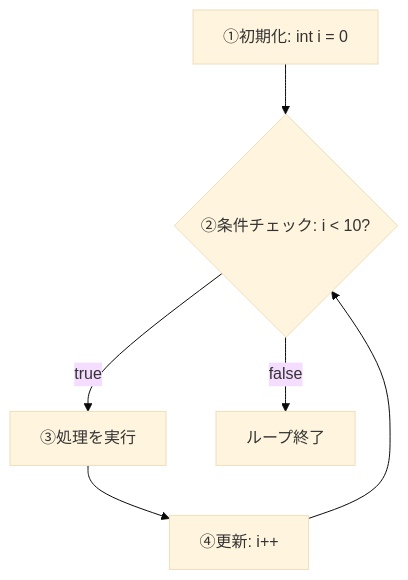
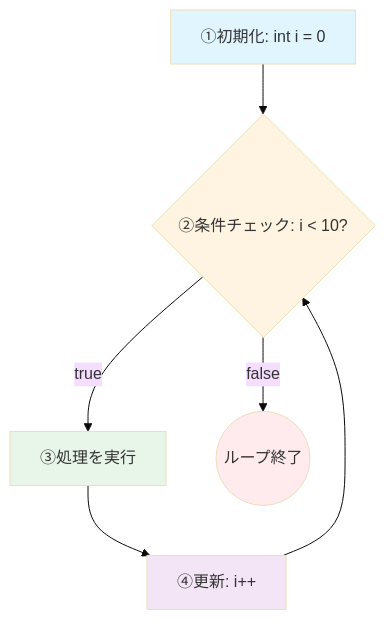
The first of 2 diagrams in docs/docs/java/basics/05_loops.mdx (hash52/programming-bootcamp), drawn with Mermaid (base theme) before and after one commit. The commit also changed other lines of this file and 4 other files, not shown here.

First line of the commit message:
refactor: Java教材のmermaid図表を視認性向上のため最適化

````diff
--- a/docs/docs/java/basics/05_loops.mdx
+++ b/docs/docs/java/basics/05_loops.mdx
@@ -94,8 +94,14 @@
 ```mermaid
 flowchart TD
     A[①初期化: int i = 0] --> B{②条件チェック: i < 10?}
     B -->|true| C[③処理を実行]
     C --> D[④更新: i++]
     D --> B
-    B -->|false| E[ループ終了]
+    B -->|false| E((ループ終了))
+
+    style A fill:#e1f5ff
+    style B fill:#fff4e1
+    style C fill:#e8f5e9
+    style D fill:#f3e5f5
+    style E fill:#ffebee
 ```
````
